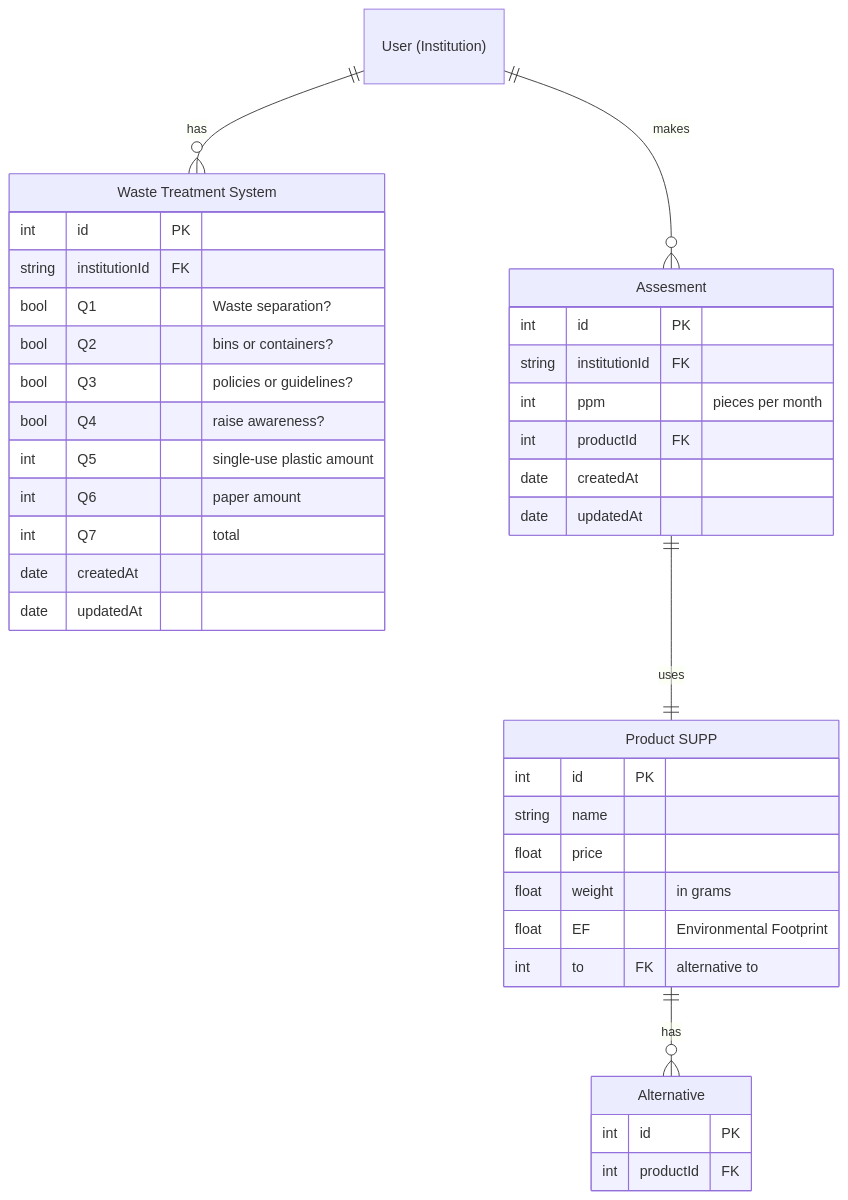
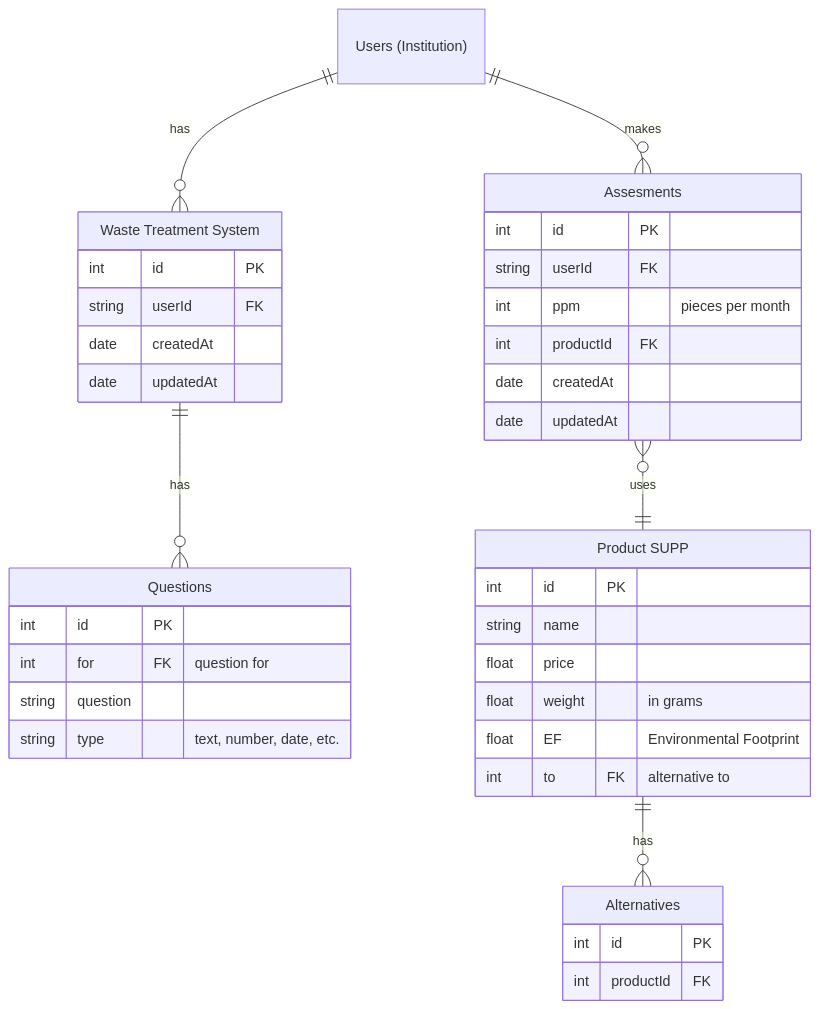
One commit to SimonStnn/BEMED changed the diagram in backend/README.md. Above: the diagram before and after it, drawn with Mermaid.

Commit message:
Normalize treatments

````diff
--- a/backend/README.md
+++ b/backend/README.md
@@ -5,46 +5,47 @@
 ```mermaid
 erDiagram
-User["User (Institution)"] {}
+Users["Users (Institution)"] {}
 
-Treatment["Waste Treatment System"] {
+Treatments["Waste Treatment System"] {
     int id PK
-    string institutionId FK
-    bool Q1 "Waste separation?"
-    bool Q2 "bins or containers?"
-    bool Q3 "policies or guidelines?"
-    bool Q4 "raise awareness?"
-    int Q5 "single-use plastic amount"
-    int Q6 "paper amount"
-    int Q7 "total"
+    string userId FK
     date createdAt
     date updatedAt
 }
 
-Assesment {
+Questions {
     int id PK
-    string institutionId FK
+    int for FK "question for"
+    string question
+    string type "text, number, date, etc."
+}
+
+Assesments {
+    int id PK
+    string userId FK
     int ppm "pieces per month"
     int productId FK
     date createdAt
     date updatedAt
 }
 
-Product["Product SUPP"] {
+Products["Product SUPP"] {
     int id PK
     string name
     float price 
     float weight "in grams"
     float EF "Environmental Footprint"
     int to FK "alternative to"
 }
 
-Alternative {
+Alternatives {
     int id PK
     int productId FK
 }
 
-User ||--o{ Treatment : "has"
-User ||--o{ Assesment : "makes"
-Product ||--o{ Alternative : "has"
-Assesment ||--|| Product : "uses"
+Treatments ||--o{ Questions : "has"
+Users ||--o{ Treatments : "has"
+Users ||--o{ Assesments : "makes"
+Products ||--o{ Alternatives : "has"
+Assesments }o--|| Products : "uses"
 ```
````
